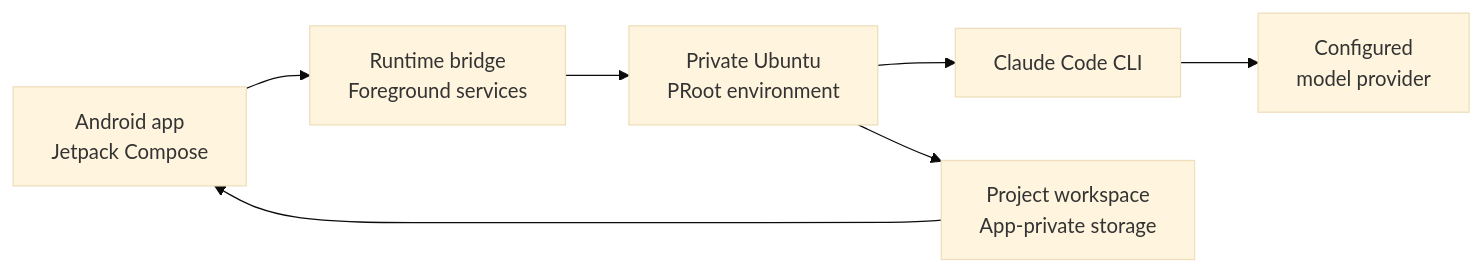
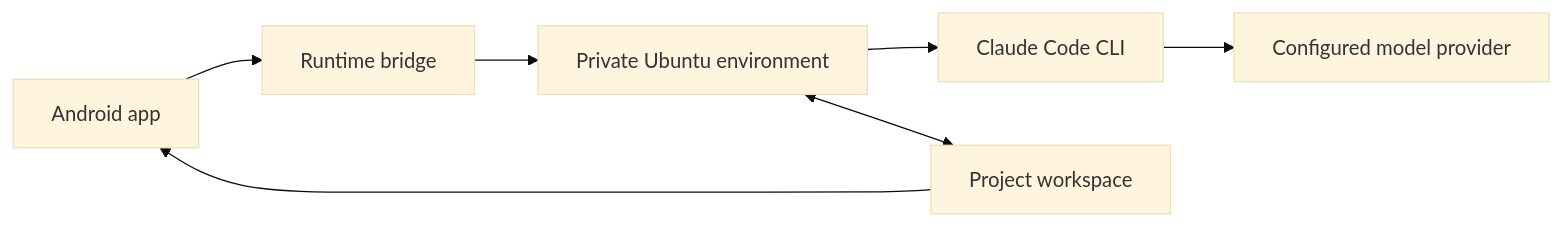
The diagram in README.md (techjarves/Mobile-Harness), drawn with Mermaid (base theme) before and after one commit. The commit also changed other lines of this file and 2 other files, not shown here.

Commit message:
docs: rewrite README with simplified project overview and add new setup and product imagery

````diff
--- a/README.md
+++ b/README.md
@@ -71,9 +41,9 @@
 ```mermaid
 flowchart LR
-    UI[Android app<br/>Jetpack Compose] --> BRIDGE[Runtime bridge<br/>Foreground services]
-    BRIDGE --> LINUX[Private Ubuntu<br/>PRoot environment]
-    LINUX --> AGENT[Claude Code CLI]
-    AGENT --> API[Configured<br/>model provider]
-    LINUX --> WORKSPACE[Project workspace<br/>App-private storage]
-    WORKSPACE --> UI
+    A[Android app] --> B[Runtime bridge]
+    B --> C[Private Ubuntu environment]
+    C --> D[Claude Code CLI]
+    D --> E[Configured model provider]
+    C <--> F[Project workspace]
+    F --> A
 ```
````
